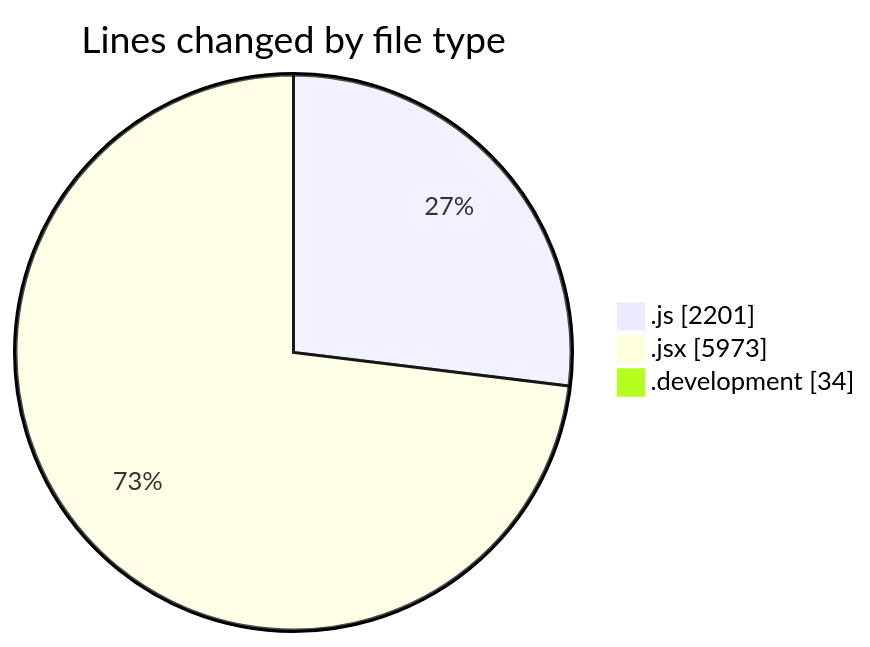
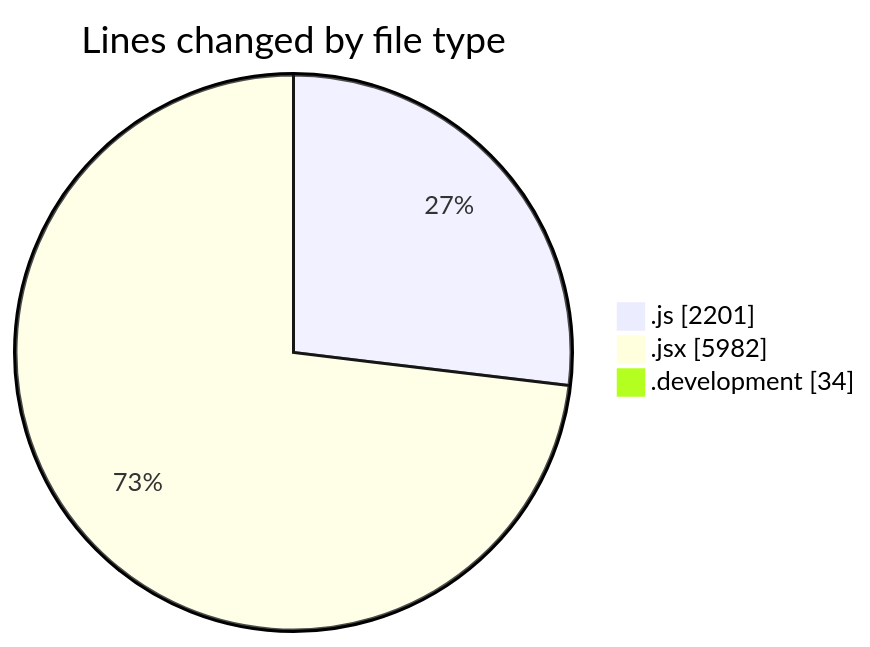
The first of 2 diagrams in 2025-09-18/nxtqube_webapp/README.md (nxtqubesakshisongat/code-tracking), drawn with Mermaid before and after one commit. The commit also changed other lines of this file and 1 other file, not shown here.

````diff
--- a/2025-09-18/nxtqube_webapp/README.md
+++ b/2025-09-18/nxtqube_webapp/README.md
@@ -38,7 +38,7 @@
 ```mermaid
 pie showData
 title Lines changed by file type
 ".js" : 2201
-".jsx" : 5973
+".jsx" : 5982
 ".development" : 34
 ```
````
